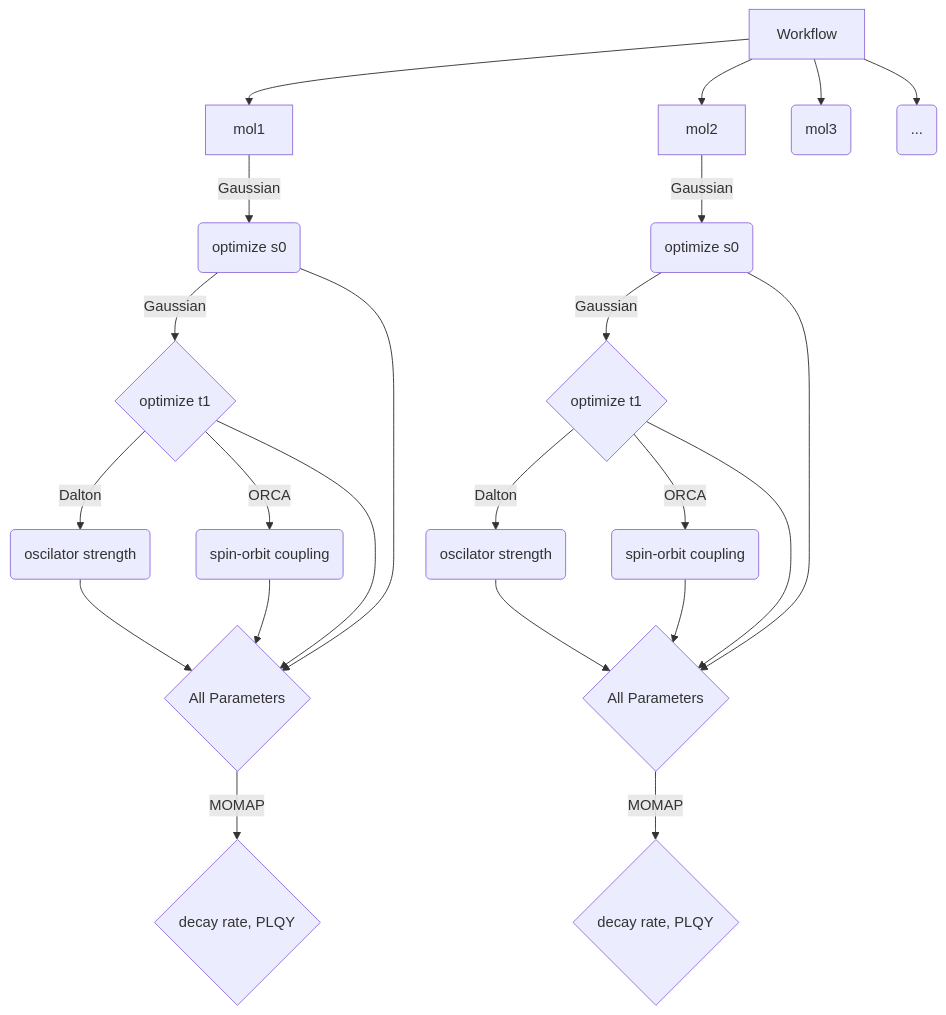
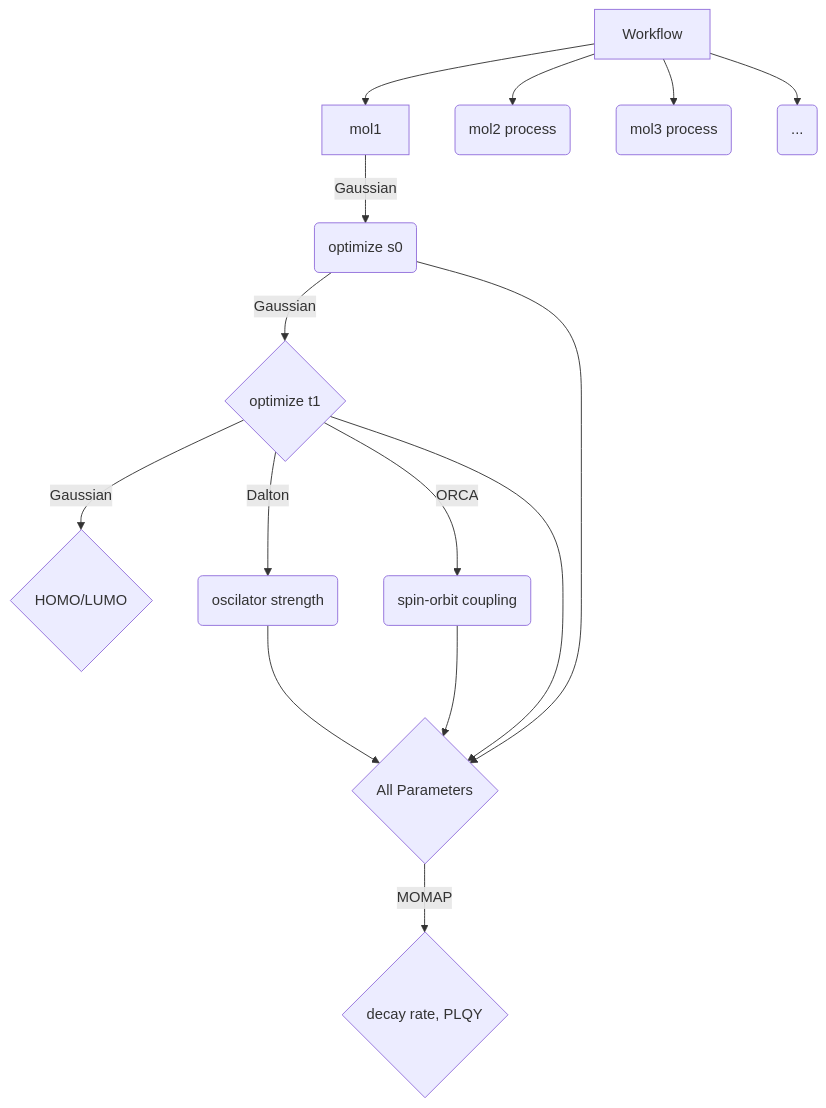
Before and after one commit to jiangtong1000/PhorsOLED_flow: the diagram in ReadMe.md, drawn with Mermaid.

````diff
--- a/ReadMe.md
+++ b/ReadMe.md
@@ -29,25 +29,17 @@
   ```mermaid
     graph
    T[Workflow] --> E
-   T-->E2
   E[mol1] -->|Gaussian|F(optimize s0)
   F -->|Gaussian|A{optimize t1}
+  A -->|Gaussian|H{HOMO/LUMO}
   A -->|Dalton|B(oscilator strength)
   A -->|ORCA|C(spin-orbit coupling)
-  B -->D{Outputs}
+  B -->D
   C --> D
   A --> D
   F --> D{All Parameters}
   D -->|MOMAP| G{decay rate, PLQY}
-  E2[mol2] -->|Gaussian|F2(optimize s0)
-  F2 -->|Gaussian|A2{optimize t1}
-  A2 -->|Dalton|B2(oscilator strength)
-  A2 -->|ORCA|C2(spin-orbit coupling)
-  B2 -->D2{Outputs}
-  C2 --> D2
-  A2 --> D2
-  F2 --> D2{All Parameters}
-  D2 -->|MOMAP| G2{decay rate, PLQY}
-  T[Workflow] --> E3(mol3)
+  T[Workflow] --> E3(mol2 process)
+  T[Workflow] --> E2(mol3 process)
   T[Workflow] --> E4(...)
   ```
````
